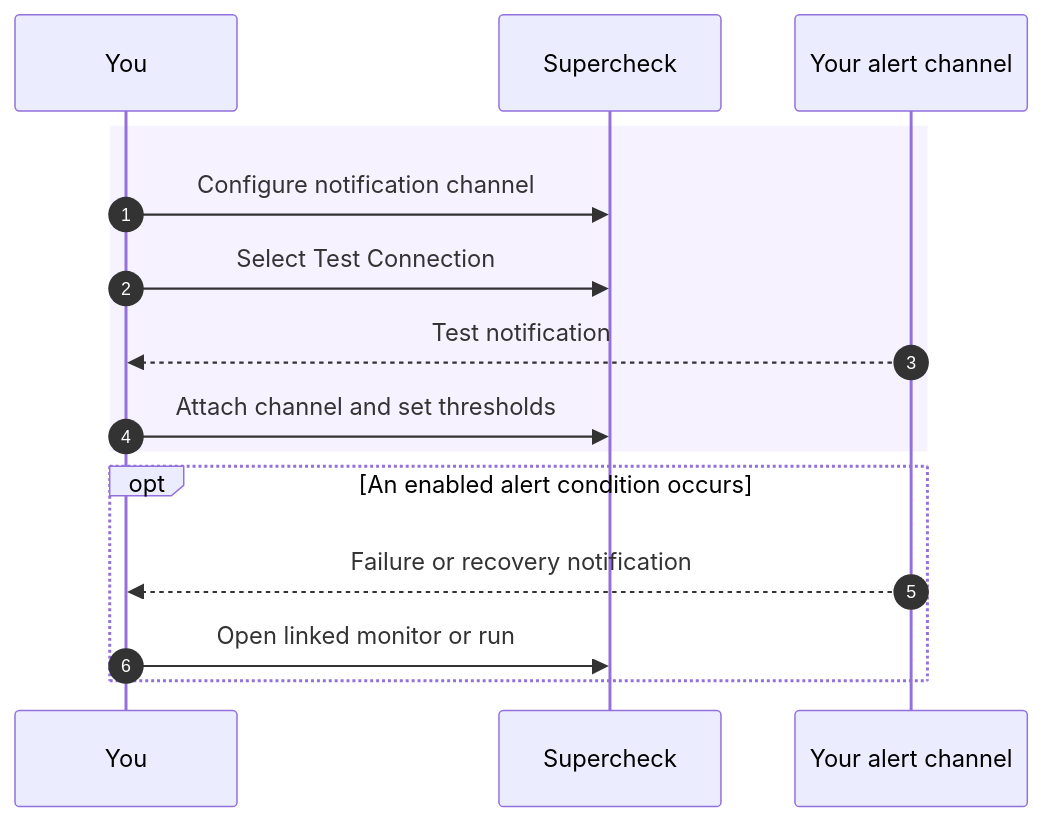
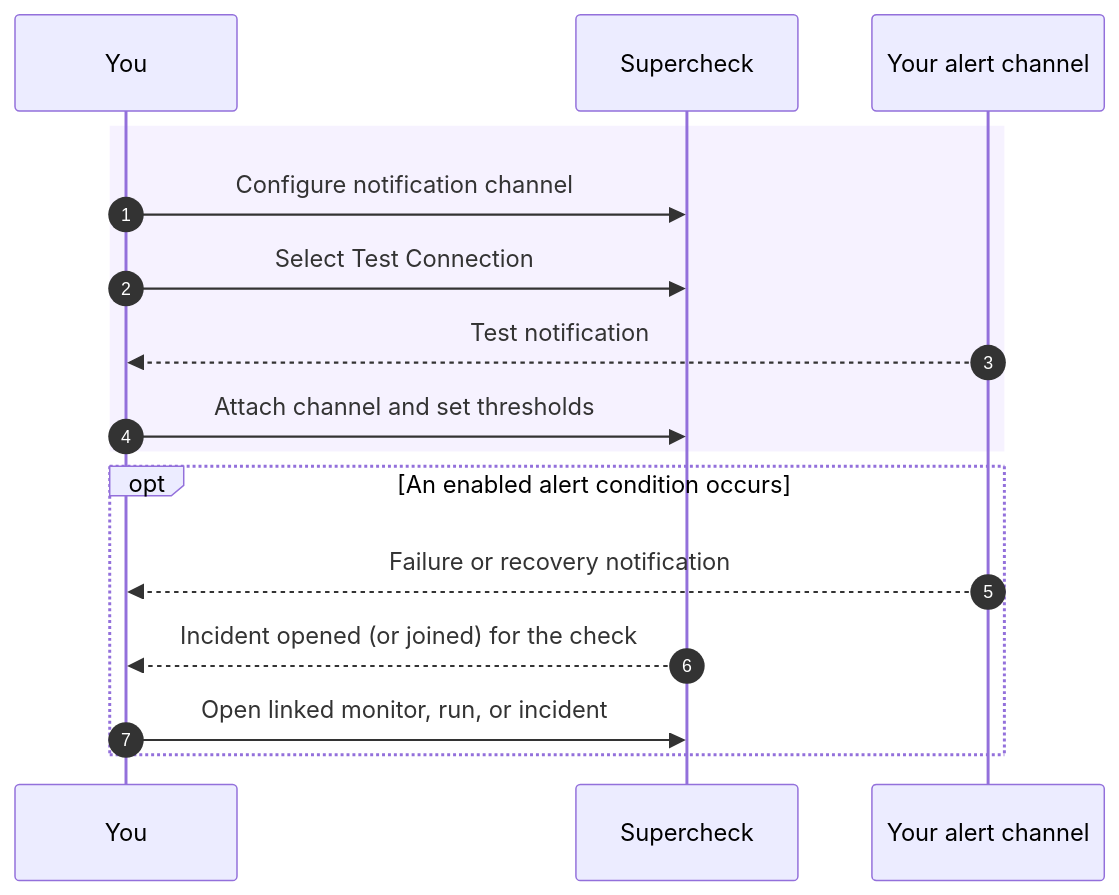
One commit to supercheck-io/supercheck changed the diagram in docs/content/docs/app/communicate/alerts.mdx. Above: the diagram before and after it, drawn with Mermaid. The commit also changed other lines of this file and 16 other files, not shown here.

Commit message:
docs: alerts open incidents, Respond navigation, incident statuses and settings

````diff
--- a/docs/content/docs/app/communicate/alerts.mdx
+++ b/docs/content/docs/app/communicate/alerts.mdx
@@ -22,20 +22,21 @@
 ```mermaid
 sequenceDiagram
     accTitle: Configure and respond to alerts
     accDescr: Configure and test a channel, attach it, and follow an enabled notification.
     autonumber
     participant You as You
     participant App as Supercheck
     participant Environment as Your alert channel
 
     rect rgba(139, 92, 246, 0.08)
         You->>App: Configure notification channel
         You->>App: Select Test Connection
         Environment-->>You: Test notification
         You->>App: Attach channel and set thresholds
     end
     opt An enabled alert condition occurs
         Environment-->>You: Failure or recovery notification
-        You->>App: Open linked monitor or run
+        App-->>You: Incident opened (or joined) for the check
+        You->>App: Open linked monitor, run, or incident
     end
 ```
````
